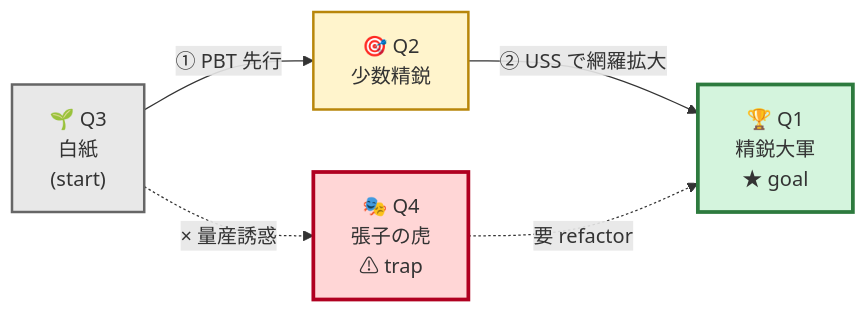
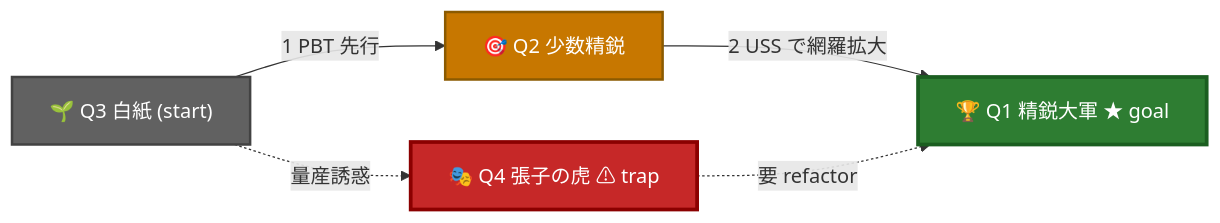
Before and after one commit to NAM-MAN/takumi: the second of 3 diagrams in skills/takumi/verify/README.md, drawn with Mermaid. The commit also changed other lines of this file, not shown here.

Commit message:
fix(verify/README): mermaid rendering error + 移動経路の色コントラスト改善
user 指摘 2 点を修正:

1. GitHub プレビューで mermaid rendering エラー
   - quadrantChart の label で <br/> は non-standard → 削除、1 行に
   - axis label の parentheses `(coverage 低)` を削除、簡素化
   - flowchart node label も <br/> 削除、改行なしの 1 行に

2. 移動経路の色コントラスト比が低すぎ (WCAG AA 未達)
   - before: 薄い pastel fill + 暗 stroke、text は default (黒) → dark mode
     で light on light になり視認性悪
   - after: 濃色 fill (green/orange/gray/red) + 白 text、color:#fff 明示
     - Q1: #2e7d32 (dark green、contrast ~7:1)
     - Q2: #c77700 (dark orange、~5:1)
     - Q3: #616161 (dark gray、~9:1)
     - Q4: #c62828 (dark red、~6:1)
   - light/dark mode 両対応

````diff
--- a/skills/takumi/verify/README.md
+++ b/skills/takumi/verify/README.md
@@ -77,12 +77,11 @@
 ```mermaid
 flowchart LR
-    Q3["🌱 Q3<br/>白紙<br/>(start)"] -->|① PBT 先行| Q2["🎯 Q2<br/>少数精鋭"]
-    Q2 -->|② USS で網羅拡大| Q1["🏆 Q1<br/>精鋭大軍<br/>★ goal"]
-    Q3 -.->|× 量産誘惑| Q4["🎭 Q4<br/>張子の虎<br/>⚠ trap"]
+    Q3["🌱 Q3 白紙 (start)"] -->|1 PBT 先行| Q2["🎯 Q2 少数精鋭"]
+    Q2 -->|2 USS で網羅拡大| Q1["🏆 Q1 精鋭大軍 ★ goal"]
+    Q3 -.->|量産誘惑| Q4["🎭 Q4 張子の虎 ⚠ trap"]
     Q4 -.->|要 refactor| Q1
-    
-    style Q1 fill:#d4f4dd,stroke:#2d7a3e,stroke-width:3px
-    style Q2 fill:#fff4cc,stroke:#b8860b,stroke-width:2px
-    style Q3 fill:#e8e8e8,stroke:#666,stroke-width:2px
-    style Q4 fill:#ffd6d6,stroke:#b00020,stroke-width:3px
+    style Q1 fill:#2e7d32,stroke:#1b5e20,stroke-width:3px,color:#fff
+    style Q2 fill:#c77700,stroke:#8b5a00,stroke-width:2px,color:#fff
+    style Q3 fill:#616161,stroke:#424242,stroke-width:2px,color:#fff
+    style Q4 fill:#c62828,stroke:#8b0000,stroke-width:3px,color:#fff
 ```
````
